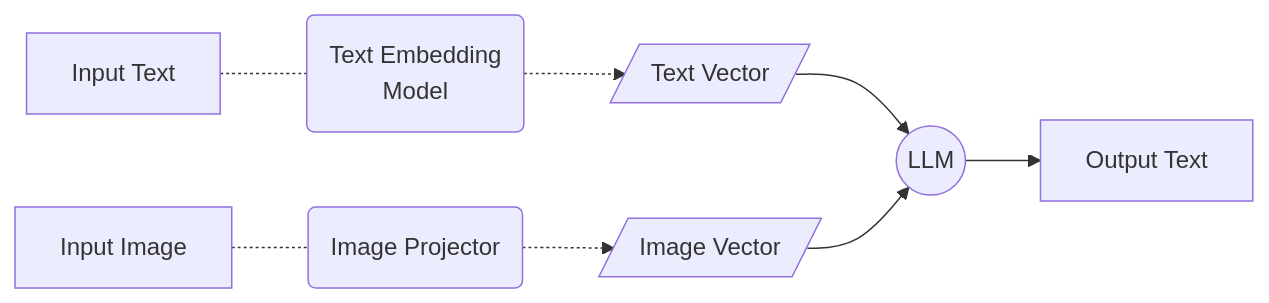
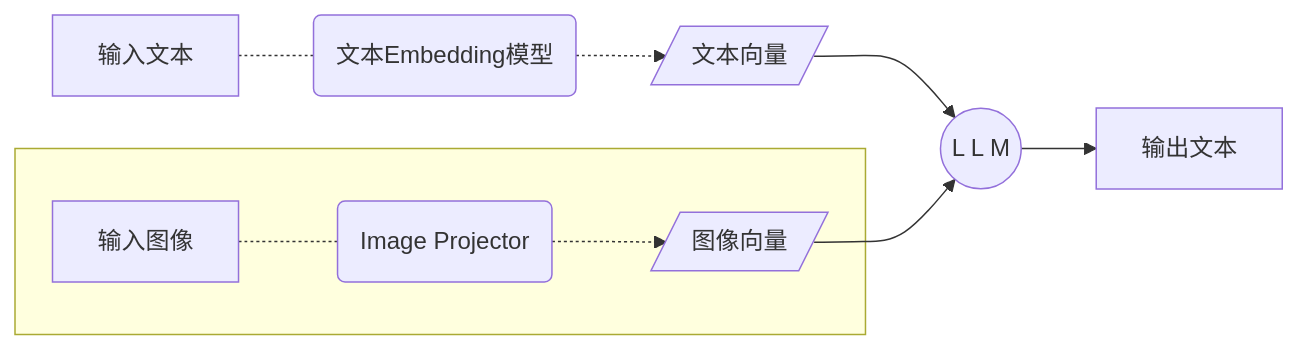
The second of 5 diagrams in xtuner/llava/xtuner_llava.md (InternLM/Tutorial), drawn with Mermaid before and after one commit. The commit also changed other lines of this file, not shown here.

Commit message:
flowchart to chinese

````diff
--- a/xtuner/llava/xtuner_llava.md
+++ b/xtuner/llava/xtuner_llava.md
@@ -37,9 +37,11 @@
 ```mermaid
 flowchart LR
-a[Input Text] -.- A(Text Embedding<br>Model) -.-> b[/Text Vector/]
-b --> c((LLM))
-c --> d[Output Text]
-f[Input Image] -.- F("Image Projector")
-F -.-> g[/Image Vector/]
+a[输入文本] -.- A(文本Embedding模型) -.-> b[/文本向量/]
+b --> c((L L M))
+c --> d[输出文本]
+subgraph " "
+f[输入图像] -.- F("Image Projector")
+F -.-> g[/图像向量/]
+end
 g --> c
 ```
````
